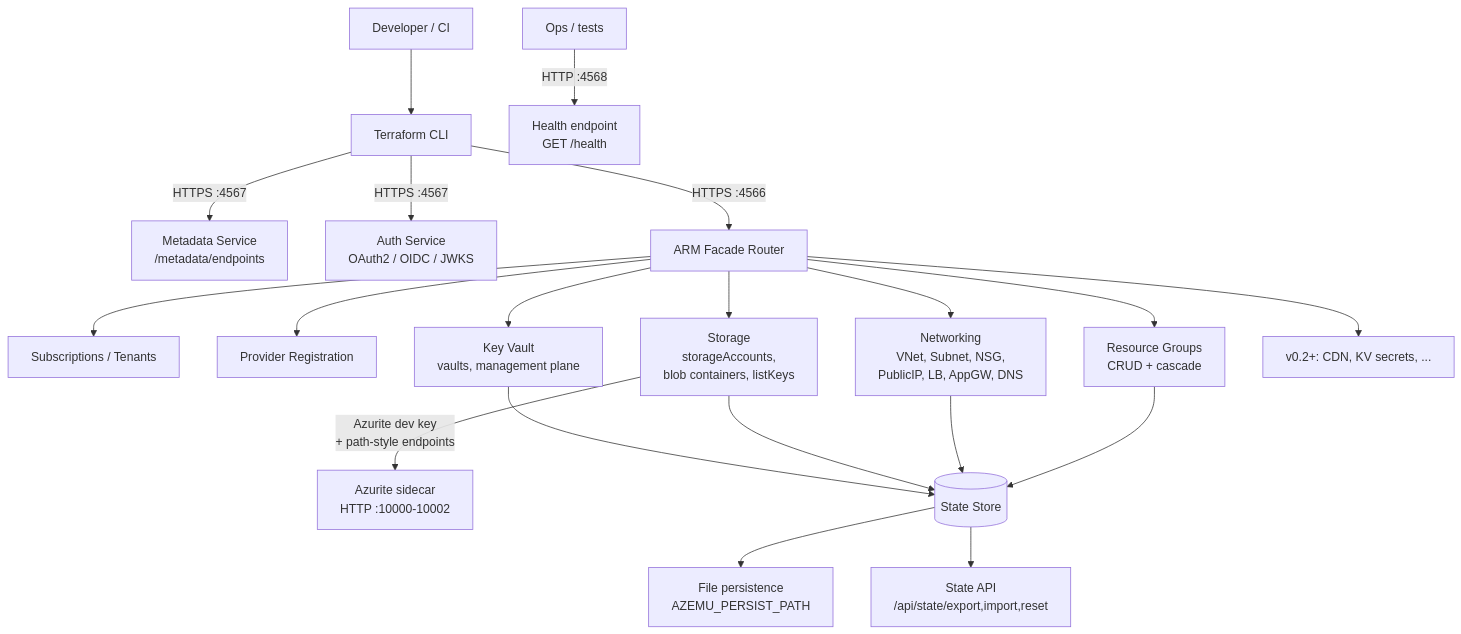
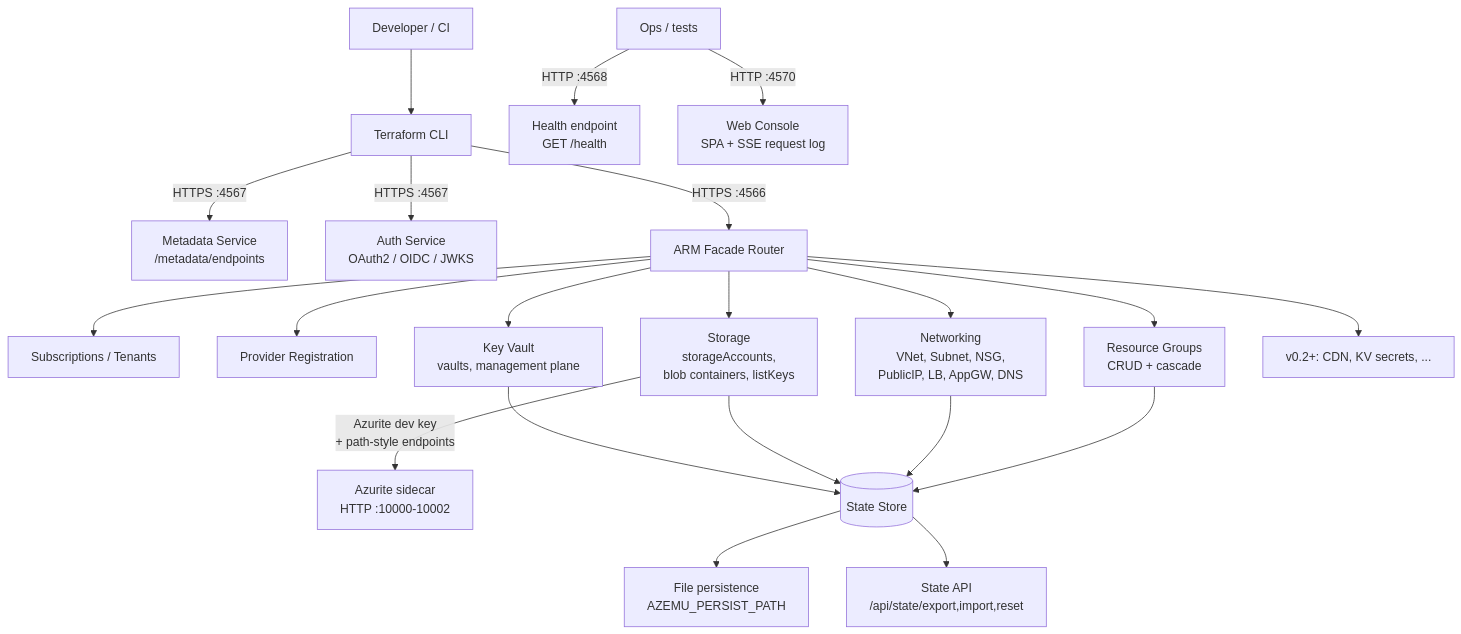
One commit to ZeroDeth/azemu changed the diagram in website/docs/concepts/architecture.md. Above: the diagram before and after it, drawn with Mermaid. The commit also changed 68 other files, not shown here.

First line of the commit message:
feat: web console SPA with live request log (#78)

````diff
--- a/website/docs/concepts/architecture.md
+++ b/website/docs/concepts/architecture.md
@@ -5,22 +5,23 @@
 ```mermaid
 flowchart TD
     dev[Developer / CI] --> tf[Terraform CLI]
     tf -->|HTTPS :4567| meta[Metadata Service\n/metadata/endpoints]
     tf -->|HTTPS :4567| auth[Auth Service\nOAuth2 / OIDC / JWKS]
     tf -->|HTTPS :4566| arm[ARM Facade Router]
     arm --> subs[Subscriptions / Tenants]
     arm --> prov[Provider Registration]
     arm --> rg[Resource Groups\nCRUD + cascade]
     arm --> net[Networking\nVNet, Subnet, NSG,\nPublicIP, LB, AppGW, DNS]
     arm --> storage[Storage\nstorageAccounts,\nblob containers, listKeys]
     arm --> kv[Key Vault\nvaults, management plane]
     arm --> planned[v0.2+: CDN, KV secrets, ...]
     storage -->|Azurite dev key\n+ path-style endpoints| azurite[Azurite sidecar\nHTTP :10000-10002]
     rg --> store[(State Store)]
     net --> store
     storage --> store
     kv --> store
     store --> persist[File persistence\nAZEMU_PERSIST_PATH]
     store --> api[State API\n/api/state/export,import,reset]
     ops[Ops / tests] -->|HTTP :4568| health[Health endpoint\nGET /health]
+    ops -->|HTTP :4570| console[Web Console\nSPA + SSE request log]
 ```
````
